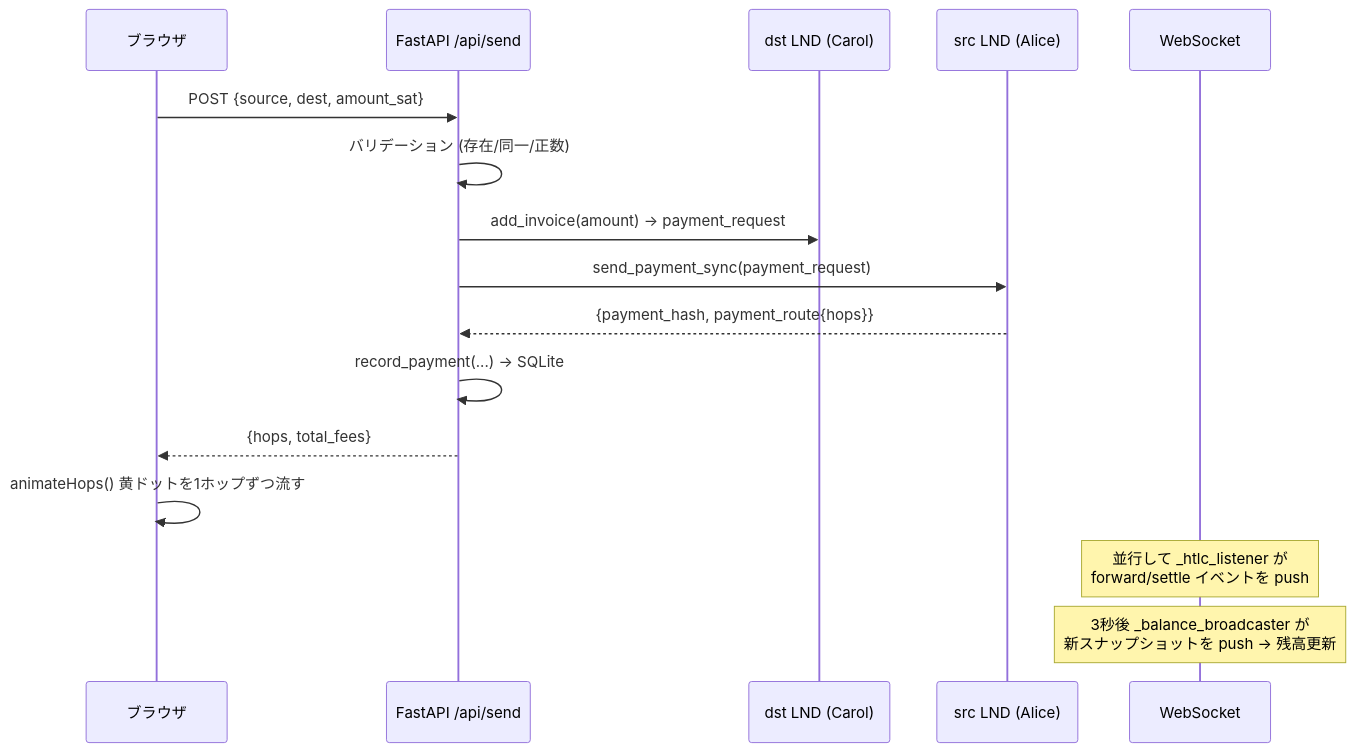
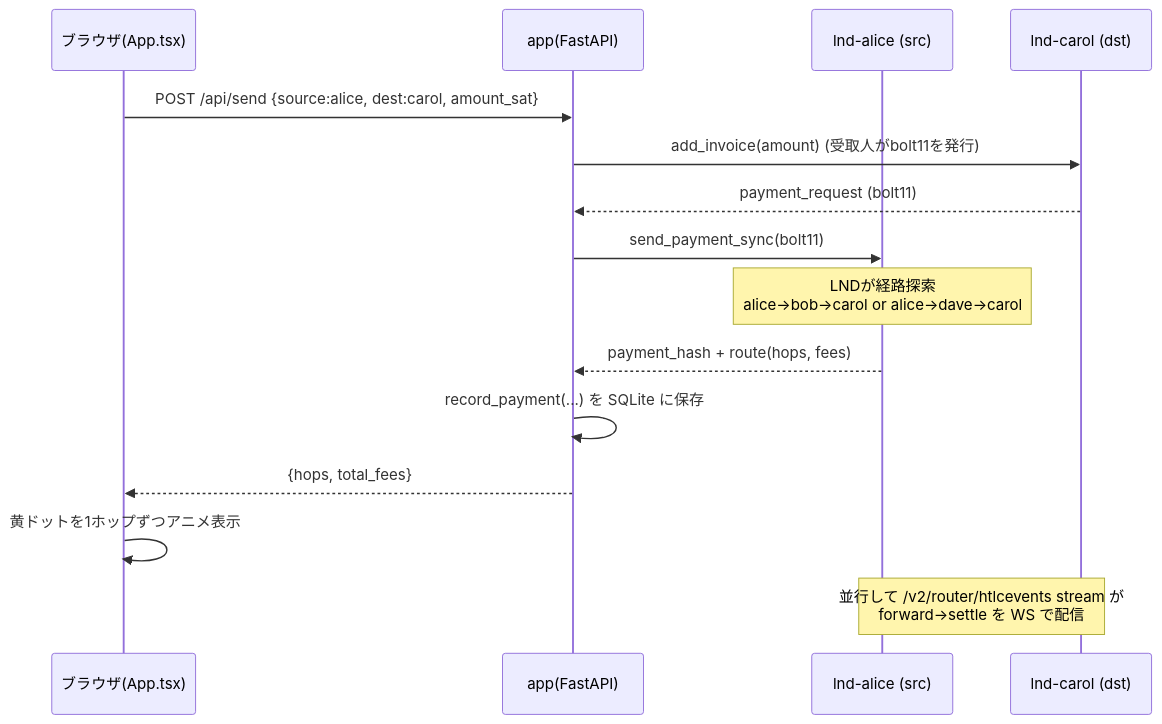
One commit to 1minami/ln-channel-visualizer changed the second of 3 diagrams in EXPLANATION.md. Above: the diagram before and after it, drawn with Mermaid. The commit also changed other lines of this file, not shown here.

````diff
--- a/EXPLANATION.md
+++ b/EXPLANATION.md
@@ -69,19 +67,18 @@
 ```mermaid
 sequenceDiagram
-    participant U as ブラウザ
-    participant API as FastAPI /api/send
-    participant Dst as dst LND (Carol)
-    participant Src as src LND (Alice)
-    participant WS as WebSocket
+  participant U as ブラウザ(App.tsx)
+  participant A as app(FastAPI)
+  participant Sc as lnd-alice (src)
+  participant Dc as lnd-carol (dst)
 
-    U->>API: POST {source, dest, amount_sat}
-    API->>API: バリデーション (存在/同一/正数)
-    API->>Dst: add_invoice(amount) → payment_request
-    API->>Src: send_payment_sync(payment_request)
-    Src-->>API: {payment_hash, payment_route{hops}}
-    API->>API: record_payment(...) → SQLite
-    API-->>U: {hops, total_fees}
-    U->>U: animateHops() 黄ドットを1ホップずつ流す
-    Note over WS: 並行して _htlc_listener が<br/>forward/settle イベントを push
-    Note over WS: 3秒後 _balance_broadcaster が<br/>新スナップショットを push → 残高更新
+  U->>A: POST /api/send {source:alice, dest:carol, amount_sat}
+  A->>Dc: add_invoice(amount)  (受取人がbolt11を発行)
+  Dc-->>A: payment_request (bolt11)
+  A->>Sc: send_payment_sync(bolt11)
+  Note over Sc: LNDが経路探索<br/>alice→bob→carol or alice→dave→carol
+  Sc-->>A: payment_hash + route(hops, fees)
+  A->>A: record_payment(...) を SQLite に保存
+  A-->>U: {hops, total_fees}
+  U->>U: 黄ドットを1ホップずつアニメ表示
+  Note over Sc,Dc: 並行して /v2/router/htlcevents stream が<br/>forward→settle を WS で配信
 ```
````
